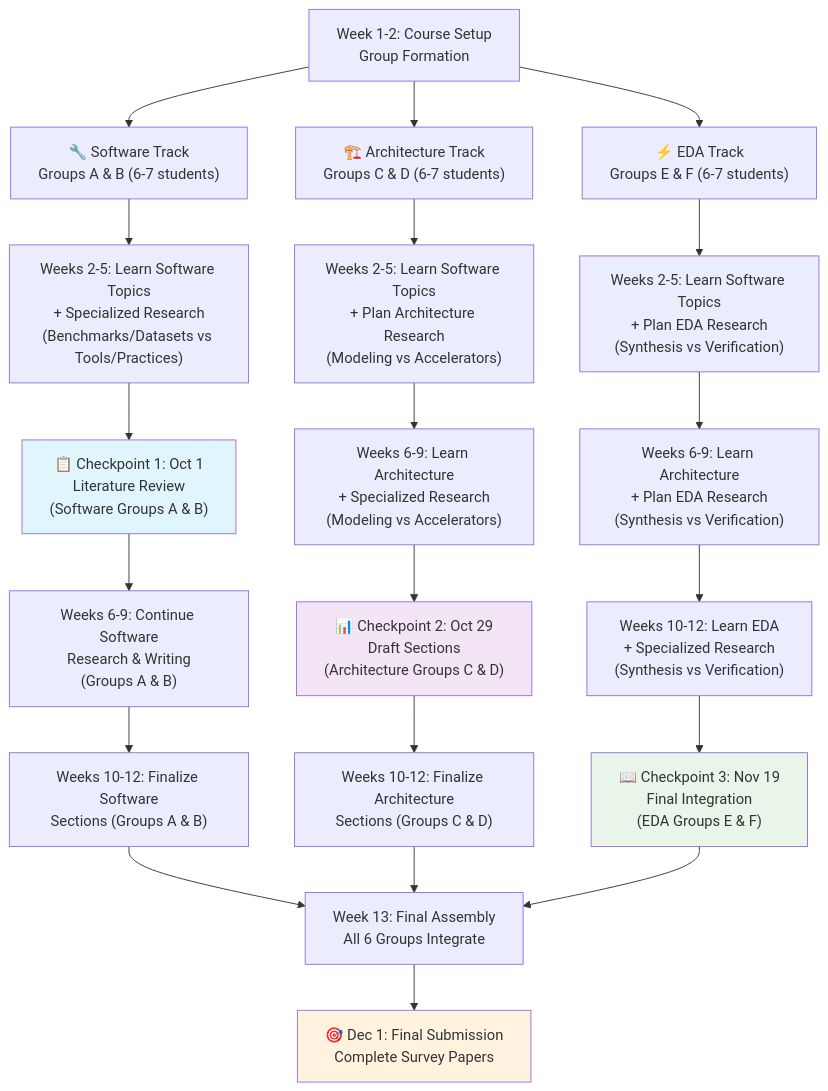
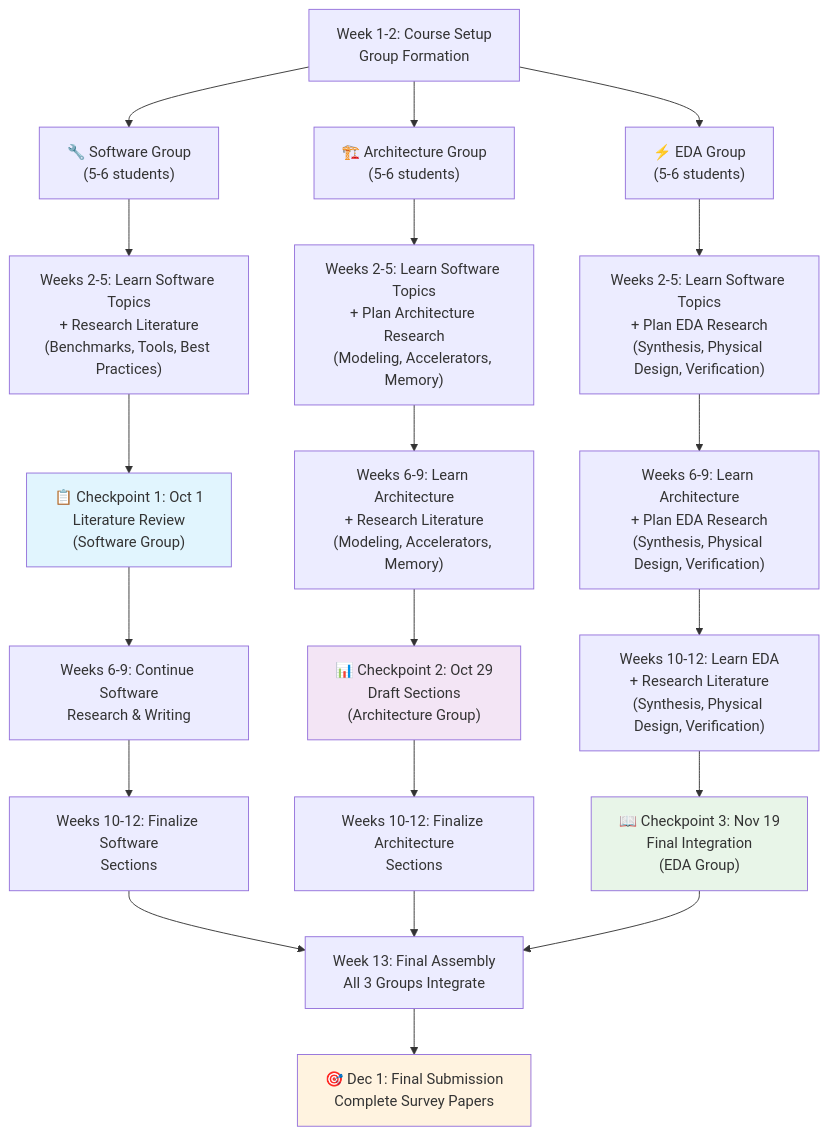
Before and after one commit to harvard-edge/cs249r_fall2025: the third of 3 diagrams in course/project.md, drawn with Mermaid. The commit also changed other lines of this file, not shown here.

First line of the commit message:
Adjust structure for exactly 16 students in 3 groups

```diff
--- a/course/project.md
+++ b/course/project.md
@@ -157,35 +145,35 @@
 <div class="mermaid">
 flowchart TD
-    A["Week 1-2: Course Setup<br/>Group Formation"] --> B["🔧 Software Track<br/>Groups A & B (6-7 students)"]
-    A --> C["🏗️ Architecture Track<br/>Groups C & D (6-7 students)"]
-    A --> D["⚡ EDA Track<br/>Groups E & F (6-7 students)"]
+    A["Week 1-2: Course Setup<br/>Group Formation"] --> B["🔧 Software Group<br/>(5-6 students)"]
+    A --> C["🏗️ Architecture Group<br/>(5-6 students)"]
+    A --> D["⚡ EDA Group<br/>(5-6 students)"]
     
-    B --> E["Weeks 2-5: Learn Software Topics<br/>+ Specialized Research<br/>(Benchmarks/Datasets vs Tools/Practices)"]
-    C --> F["Weeks 2-5: Learn Software Topics<br/>+ Plan Architecture Research<br/>(Modeling vs Accelerators)"]
-    D --> G["Weeks 2-5: Learn Software Topics<br/>+ Plan EDA Research<br/>(Synthesis vs Verification)"]
+    B --> E["Weeks 2-5: Learn Software Topics<br/>+ Research Literature<br/>(Benchmarks, Tools, Best Practices)"]
+    C --> F["Weeks 2-5: Learn Software Topics<br/>+ Plan Architecture Research<br/>(Modeling, Accelerators, Memory)"]
+    D --> G["Weeks 2-5: Learn Software Topics<br/>+ Plan EDA Research<br/>(Synthesis, Physical Design, Verification)"]
     
-    E --> H["📋 Checkpoint 1: Oct 1<br/>Literature Review<br/>(Software Groups A & B)"]
+    E --> H["📋 Checkpoint 1: Oct 1<br/>Literature Review<br/>(Software Group)"]
     
-    F --> I["Weeks 6-9: Learn Architecture<br/>+ Specialized Research<br/>(Modeling vs Accelerators)"]
-    G --> J["Weeks 6-9: Learn Architecture<br/>+ Plan EDA Research<br/>(Synthesis vs Verification)"]
-    H --> K["Weeks 6-9: Continue Software<br/>Research & Writing<br/>(Groups A & B)"]
+    F --> I["Weeks 6-9: Learn Architecture<br/>+ Research Literature<br/>(Modeling, Accelerators, Memory)"]
+    G --> J["Weeks 6-9: Learn Architecture<br/>+ Plan EDA Research<br/>(Synthesis, Physical Design, Verification)"]
+    H --> K["Weeks 6-9: Continue Software<br/>Research & Writing"]
     
-    I --> L["📊 Checkpoint 2: Oct 29<br/>Draft Sections<br/>(Architecture Groups C & D)"]
+    I --> L["📊 Checkpoint 2: Oct 29<br/>Draft Sections<br/>(Architecture Group)"]
     
-    J --> M["Weeks 10-12: Learn EDA<br/>+ Specialized Research<br/>(Synthesis vs Verification)"]
-    K --> N["Weeks 10-12: Finalize Software<br/>Sections (Groups A & B)"]
-    L --> O["Weeks 10-12: Finalize Architecture<br/>Sections (Groups C & D)"]
+    J --> M["Weeks 10-12: Learn EDA<br/>+ Research Literature<br/>(Synthesis, Physical Design, Verification)"]
+    K --> N["Weeks 10-12: Finalize Software<br/>Sections"]
+    L --> O["Weeks 10-12: Finalize Architecture<br/>Sections"]
     
-    M --> P["📖 Checkpoint 3: Nov 19<br/>Final Integration<br/>(EDA Groups E & F)"]
+    M --> P["📖 Checkpoint 3: Nov 19<br/>Final Integration<br/>(EDA Group)"]
     
-    N --> Q["Week 13: Final Assembly<br/>All 6 Groups Integrate"]
+    N --> Q["Week 13: Final Assembly<br/>All 3 Groups Integrate"]
     O --> Q
     P --> Q
     
     Q --> R["🎯 Dec 1: Final Submission<br/>Complete Survey Papers"]
     
     style H fill:#e1f5fe
     style L fill:#f3e5f5
     style P fill:#e8f5e8
     style R fill:#fff3e0
 </div>
```
